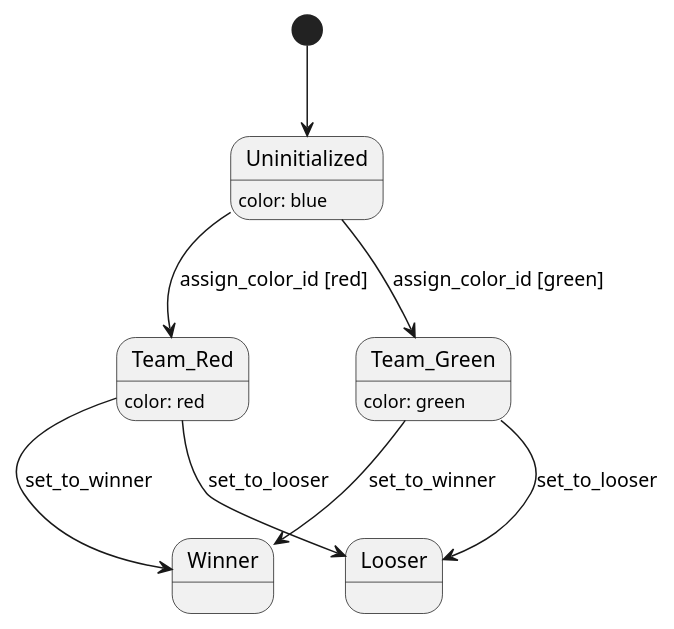
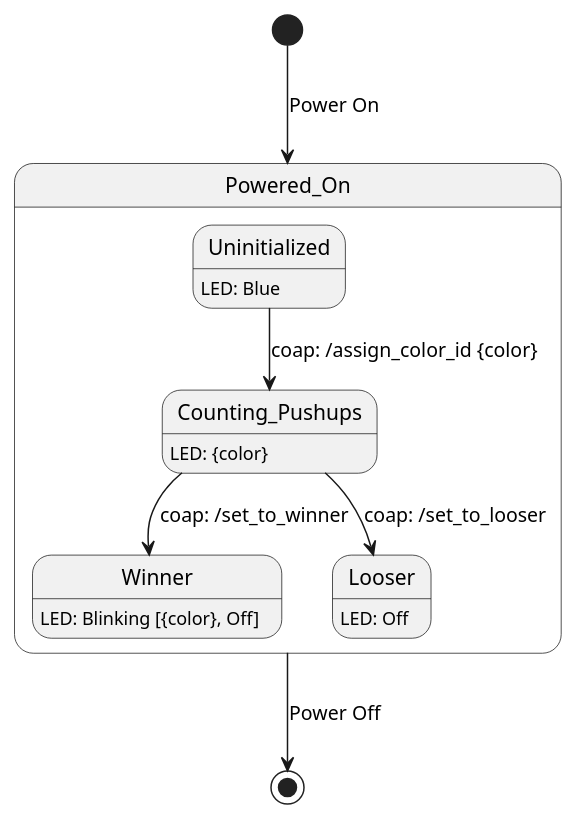
One commit to friedrichdudda/AIT05 changed the diagram in docs/communication_state_machine.puml. Above: the diagram before and after it, drawn with PlantUML.

Commit message:
Improve automat

```diff
--- a/docs/communication_state_machine.puml
+++ b/docs/communication_state_machine.puml
@@ -1,12 +1,14 @@
 @startuml Kommunikation
-Uninitialized : color: blue
-Team_Red: color: red
-Team_Green: color: green
-[*] --> Uninitialized
-Uninitialized--> Team_Red: assign_color_id [red]
-Uninitialized--> Team_Green: assign_color_id [green]
-Team_Red --> Winner: set_to_winner
-Team_Red --> Looser: set_to_looser
-Team_Green --> Winner: set_to_winner
-Team_Green --> Looser: set_to_looser
+[*] --> Powered_On: Power On
+state Powered_On {
+    Uninitialized : LED: Blue
+    Counting_Pushups: LED: {color}
+    Winner: LED: Blinking [{color}, Off]
+    Looser: LED: Off
+
+    Uninitialized--> Counting_Pushups: coap: /assign_color_id {color}
+    Counting_Pushups --> Winner: coap: /set_to_winner
+    Counting_Pushups --> Looser: coap: /set_to_looser
+}
+Powered_On --> [*]: Power Off
 @enduml
```
